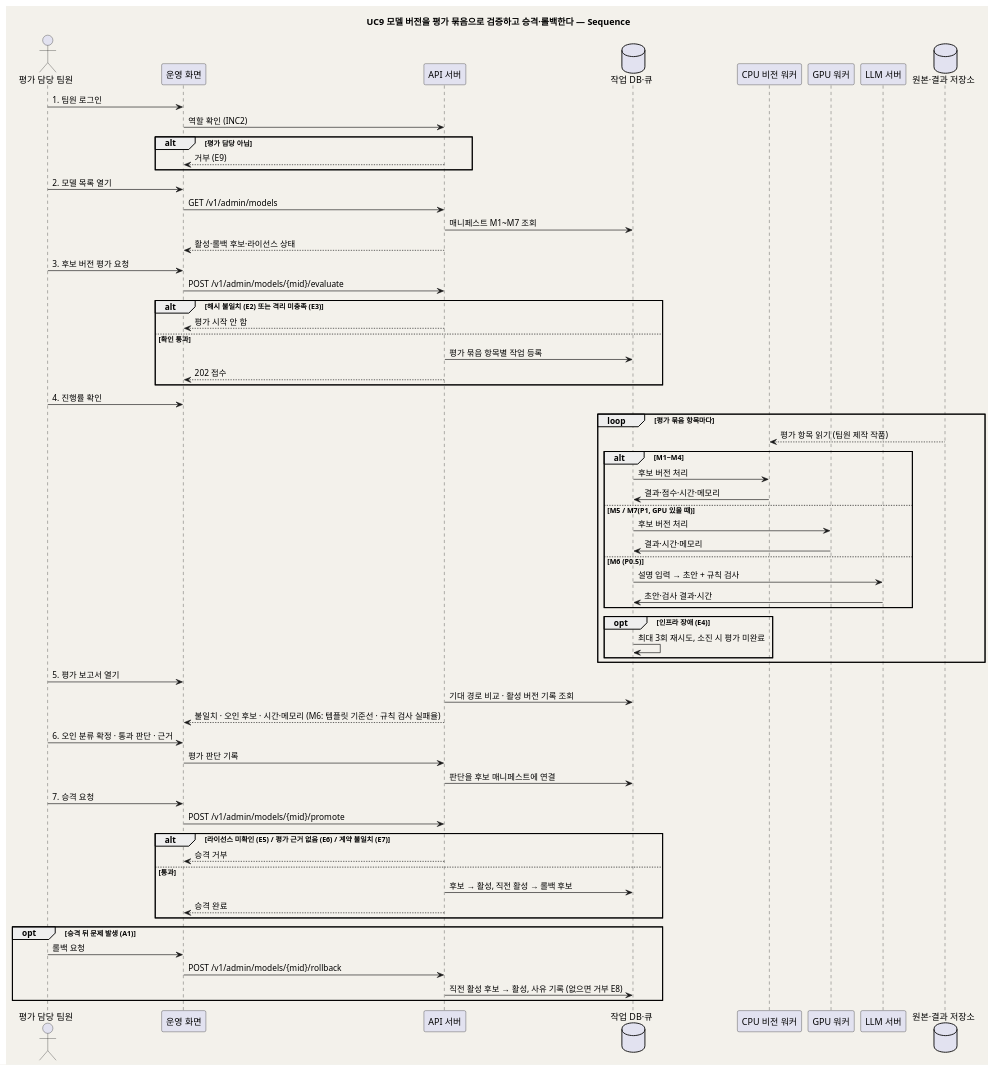
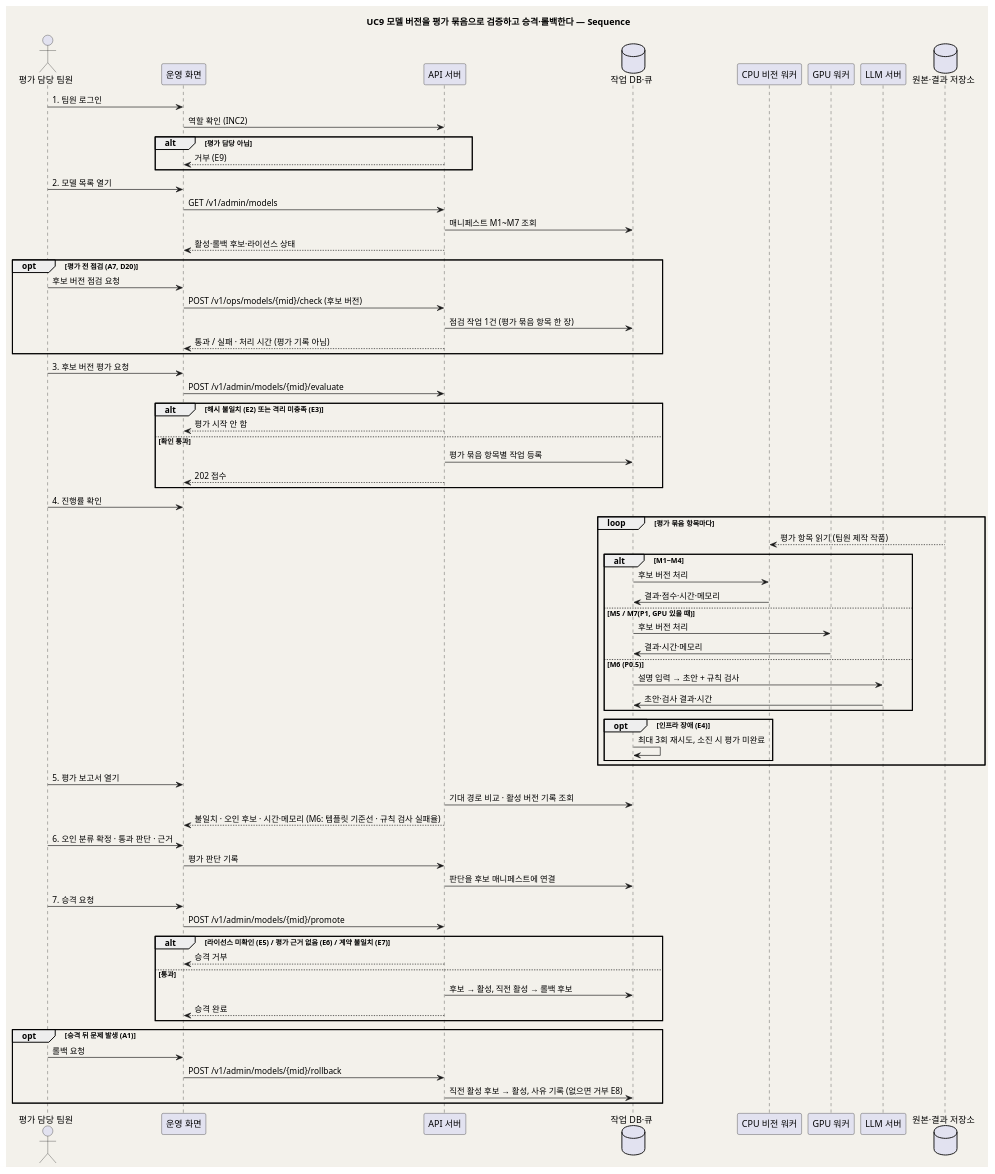
The second of 2 diagrams in design/UC_09_모델평가검증.md (kids-gallery/uri-gallery), drawn with PlantUML before and after one commit. The commit also changed other lines of this file and 29 other files, not shown here.

```diff
--- a/design/UC_09_모델평가검증.md
+++ b/design/UC_09_모델평가검증.md
@@ -179,6 +180,13 @@
 UI -> API : GET /v1/admin/models
 API -> DB : 매니페스트 M1~M7 조회
 API --> UI : 활성·롤백 후보·라이선스 상태
+
+opt 평가 전 점검 (A7, D20)
+  Eval -> UI : 후보 버전 점검 요청
+  UI -> API : POST /v1/ops/models/{mid}/check (후보 버전)
+  API -> DB : 점검 작업 1건 (평가 묶음 항목 한 장)
+  API --> UI : 통과 / 실패 · 처리 시간 (평가 기록 아님)
+end
 
 Eval -> UI : 3. 후보 버전 평가 요청
 UI -> API : POST /v1/admin/models/{mid}/evaluate
```
